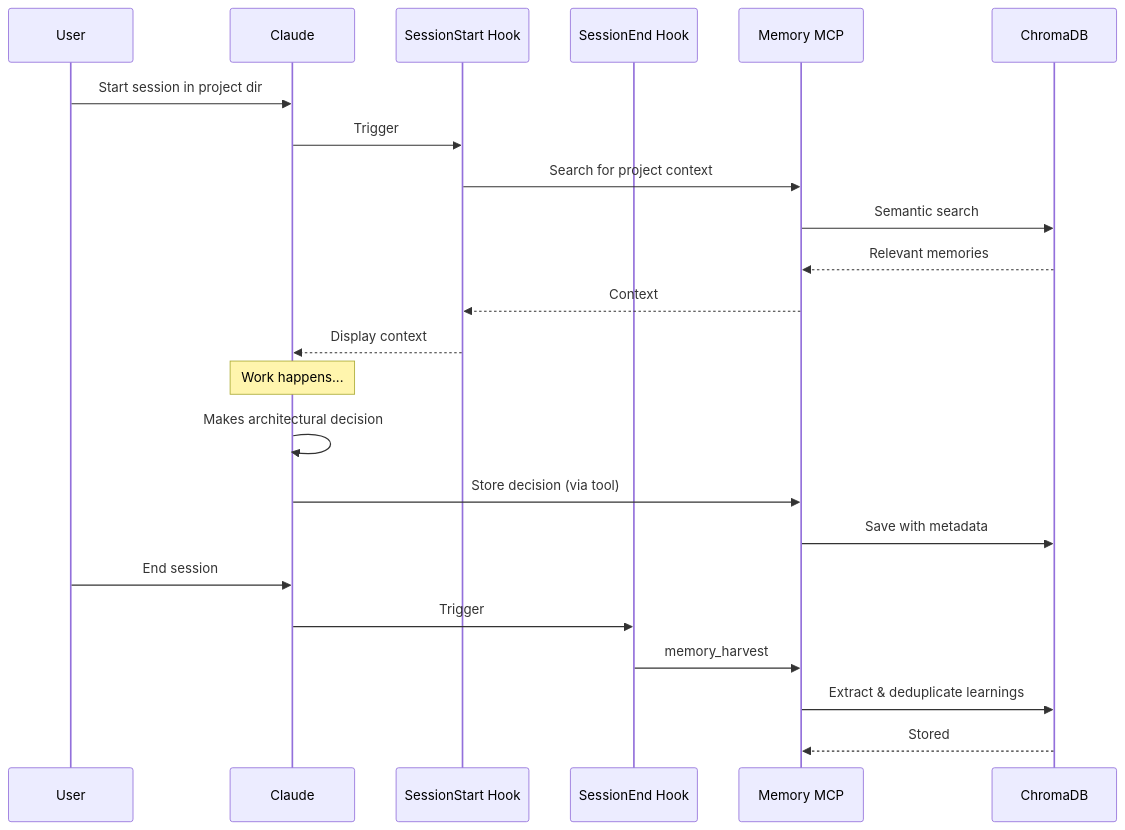
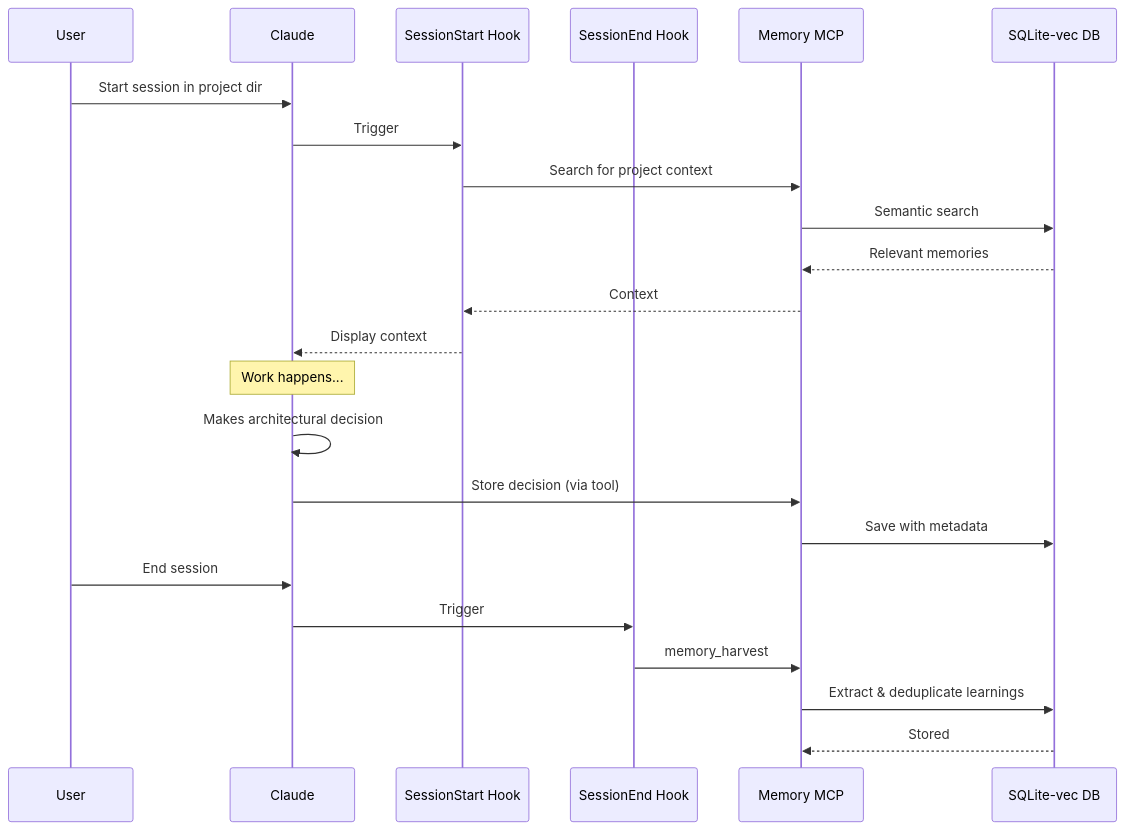
The diagram in docs/superpowers/specs/2026-04-14-mcp-memory-auto-integration-design.md (GermanAbuArab/claude-memory-hub), drawn with Mermaid before and after one commit. The commit also changed other lines of this file and 1 other file, not shown here.

First line of the commit message:
Update spec with deduplication strategy and SQLite-vec corrections

````diff
--- a/docs/superpowers/specs/2026-04-14-mcp-memory-auto-integration-design.md
+++ b/docs/superpowers/specs/2026-04-14-mcp-memory-auto-integration-design.md
@@ -90,29 +183,29 @@
 ```mermaid
 sequenceDiagram
     participant User
     participant Claude
     participant SessionStart Hook
     participant SessionEnd Hook
     participant Memory MCP
-    participant ChromaDB
+    participant SQLite-vec DB
 
     User->>Claude: Start session in project dir
     Claude->>SessionStart Hook: Trigger
     SessionStart Hook->>Memory MCP: Search for project context
-    Memory MCP->>ChromaDB: Semantic search
-    ChromaDB-->>Memory MCP: Relevant memories
+    Memory MCP->>SQLite-vec DB: Semantic search
+    SQLite-vec DB-->>Memory MCP: Relevant memories
     Memory MCP-->>SessionStart Hook: Context
     SessionStart Hook-->>Claude: Display context
 
     Note over Claude: Work happens...
 
     Claude->>Claude: Makes architectural decision
     Claude->>Memory MCP: Store decision (via tool)
-    Memory MCP->>ChromaDB: Save with metadata
+    Memory MCP->>SQLite-vec DB: Save with metadata
 
     User->>Claude: End session
     Claude->>SessionEnd Hook: Trigger
     SessionEnd Hook->>Memory MCP: memory_harvest
-    Memory MCP->>ChromaDB: Extract & deduplicate learnings
-    ChromaDB-->>Memory MCP: Stored
+    Memory MCP->>SQLite-vec DB: Extract & deduplicate learnings
+    SQLite-vec DB-->>Memory MCP: Stored
 ```
````
